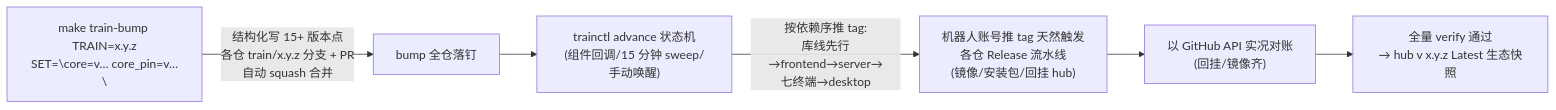
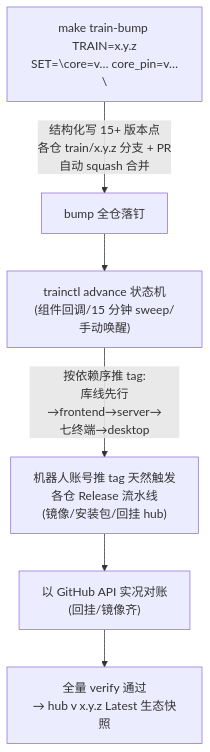
Before and after one commit to pigeonbox/pigeonbox: the ninth of 10 diagrams in docs/architecture.md, drawn with Mermaid.

Commit message:
fix(docs): 发布流水线图由横排改纵排（2082x142 → 276x964）
线性链的流程图用 LR 会摊成一条又长又扁的带子，站内窄列里完全读不了；
改为 TD 后是竖向链，宽度收到一屏内。

````diff
--- a/docs/architecture.md
+++ b/docs/architecture.md
@@ -350,8 +350,8 @@
 ```mermaid
-flowchart LR
+flowchart TD
     A["make train-bump TRAIN=x.y.z<br/>SET=\"core=v… core_pin=v…\""] -->|"结构化写 15+ 版本点<br/>各仓 train/x.y.z 分支 + PR<br/>自动 squash 合并"| B["bump 全仓落钉"]
     B --> C["trainctl advance 状态机<br/>(组件回调/15 分钟 sweep/手动唤醒)"]
     C -->|"按依赖序推 tag:<br/>库线先行→frontend→server→<br/>七终端→desktop"| D["机器人账号推 tag 天然触发<br/>各仓 Release 流水线<br/>(镜像/安装包/回挂 hub)"]
     D --> E["以 GitHub API 实况对账<br/>(回挂/镜像齐)"]
     E --> F["全量 verify 通过<br/>→ hub v x.y.z Latest 生态快照"]
 ```
````
